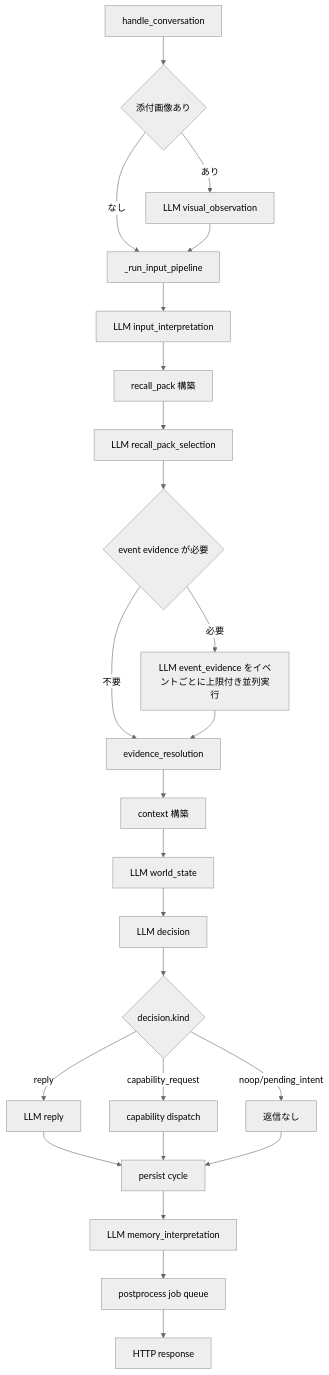
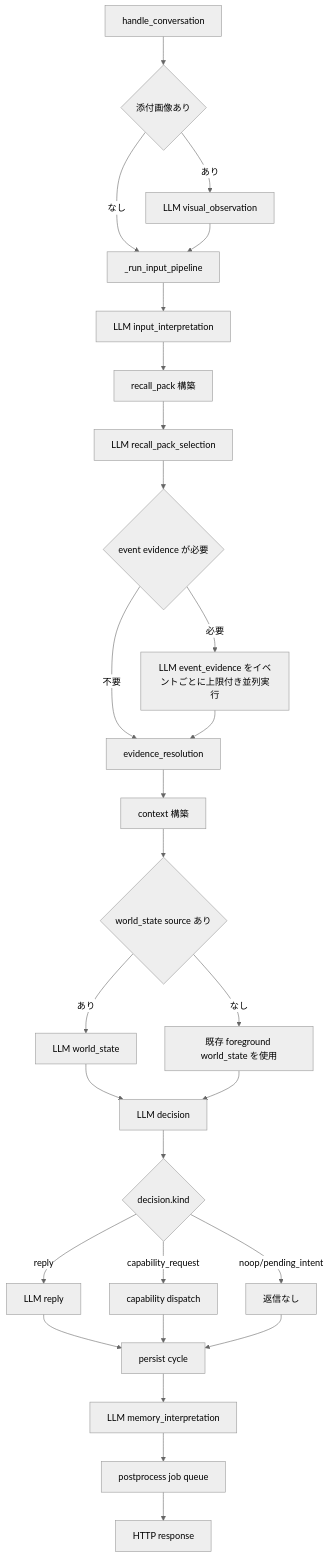
The diagram in docs/LLM呼び出し実行フロー調査.md (hirona98/OtomeKairo), drawn with Mermaid (neutral theme) before and after one commit. The commit also changed other lines of this file and 2 other files, not shown here.

Commit message:
world_stateの更新条件を状態変化がありそうなときだけに変更

````diff
--- a/docs/LLM呼び出し実行フロー調査.md
+++ b/docs/LLM呼び出し実行フロー調査.md
@@ -29,27 +29,30 @@
 ```mermaid
 flowchart TD
     A[handle_conversation] --> B{添付画像あり}
     B -- あり --> C[LLM visual_observation]
     B -- なし --> D[_run_input_pipeline]
     C --> D
     D --> E[LLM input_interpretation]
     E --> F[recall_pack 構築]
     F --> G[LLM recall_pack_selection]
     G --> H{event evidence が必要}
     H -- 必要 --> I[LLM event_evidence をイベントごとに上限付き並列実行]
     H -- 不要 --> J[evidence_resolution]
     I --> J
     J --> K[context 構築]
-    K --> L[LLM world_state]
-    L --> M[LLM decision]
-    M --> N{decision.kind}
-    N -- reply --> O[LLM reply]
-    N -- capability_request --> P[capability dispatch]
-    N -- noop/pending_intent --> Q[返信なし]
-    O --> R[persist cycle]
-    P --> R
-    Q --> R
-    R --> S[LLM memory_interpretation]
-    S --> T[postprocess job queue]
-    T --> U[HTTP response]
+    K --> L{world_state source あり}
+    L -- あり --> M[LLM world_state]
+    L -- なし --> N[既存 foreground world_state を使用]
+    M --> O[LLM decision]
+    N --> O
+    O --> P{decision.kind}
+    P -- reply --> Q[LLM reply]
+    P -- capability_request --> R[capability dispatch]
+    P -- noop/pending_intent --> S[返信なし]
+    Q --> T[persist cycle]
+    R --> T
+    S --> T
+    T --> U[LLM memory_interpretation]
+    U --> V[postprocess job queue]
+    V --> W[HTTP response]
 ```
````
